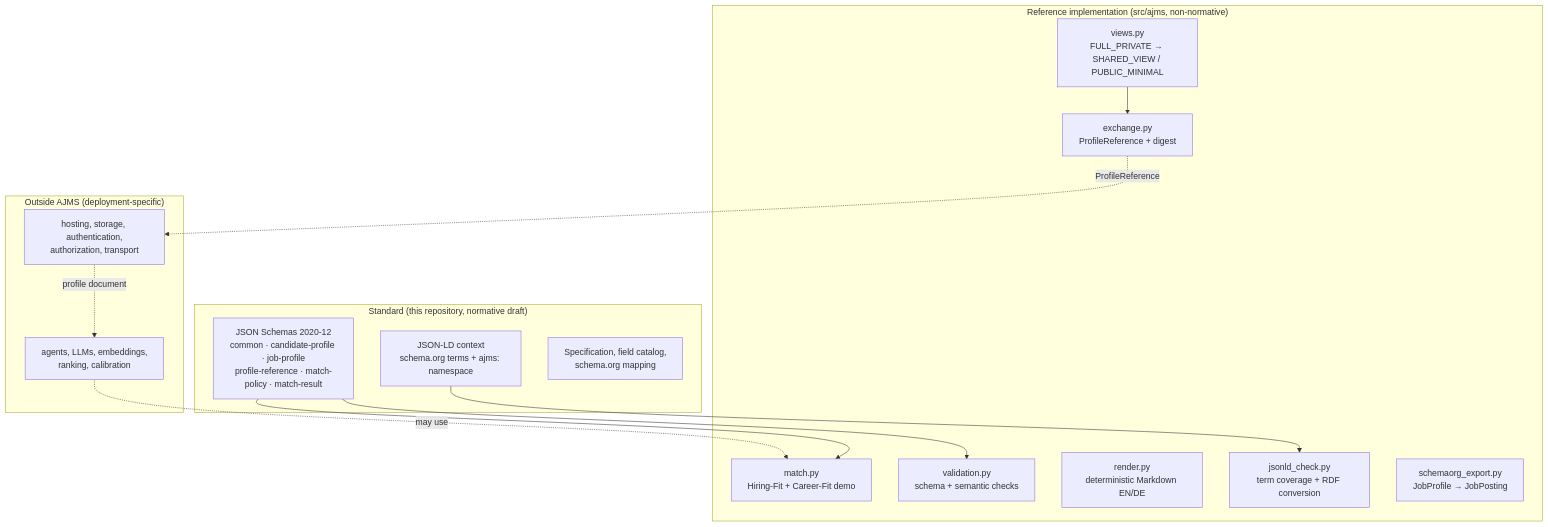
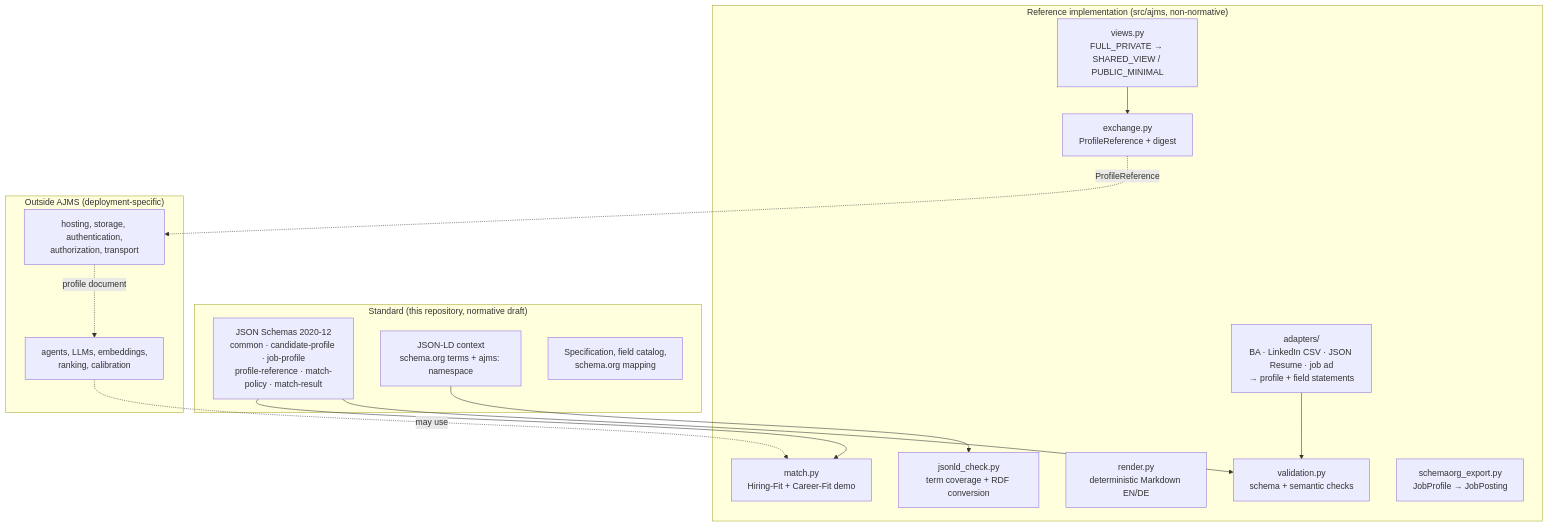
Before and after one commit to CsabaRanks/agentic-job-matching-standard: the first of 2 diagrams in docs/architecture.md, drawn with Mermaid. The commit also changed other lines of this file and 95 other files, not shown here.

First line of the commit message:
Add import adapters, field-level provenance and GitHub Pages identifiers

````diff
--- a/docs/architecture.md
+++ b/docs/architecture.md
@@ -5,28 +5,30 @@
 ```mermaid
 flowchart TB
     subgraph Standard["Standard (this repository, normative draft)"]
         S1["JSON Schemas 2020-12<br/>common · candidate-profile · job-profile<br/>profile-reference · match-policy · match-result"]
         S2["JSON-LD context<br/>schema.org terms + ajms: namespace"]
         S3["Specification, field catalog,<br/>schema.org mapping"]
     end
     subgraph Ref["Reference implementation (src/ajms, non-normative)"]
         V["validation.py<br/>schema + semantic checks"]
         J["jsonld_check.py<br/>term coverage + RDF conversion"]
         D["views.py<br/>FULL_PRIVATE → SHARED_VIEW / PUBLIC_MINIMAL"]
         X["exchange.py<br/>ProfileReference + digest"]
         R["render.py<br/>deterministic Markdown EN/DE"]
         M["match.py<br/>Hiring-Fit + Career-Fit demo"]
         E["schemaorg_export.py<br/>JobProfile → JobPosting"]
+        I["adapters/<br/>BA · LinkedIn CSV · JSON Resume · job ad<br/>→ profile + field statements"]
     end
     subgraph Outside["Outside AJMS (deployment-specific)"]
         H["hosting, storage, authentication,<br/>authorization, transport"]
         A["agents, LLMs, embeddings,<br/>ranking, calibration"]
     end
     S1 --> V
+    I --> V
     S2 --> J
     S1 --> M
     D --> X
     X -. ProfileReference .-> H
     H -. profile document .-> A
     A -. may use .-> M
 ```
````
